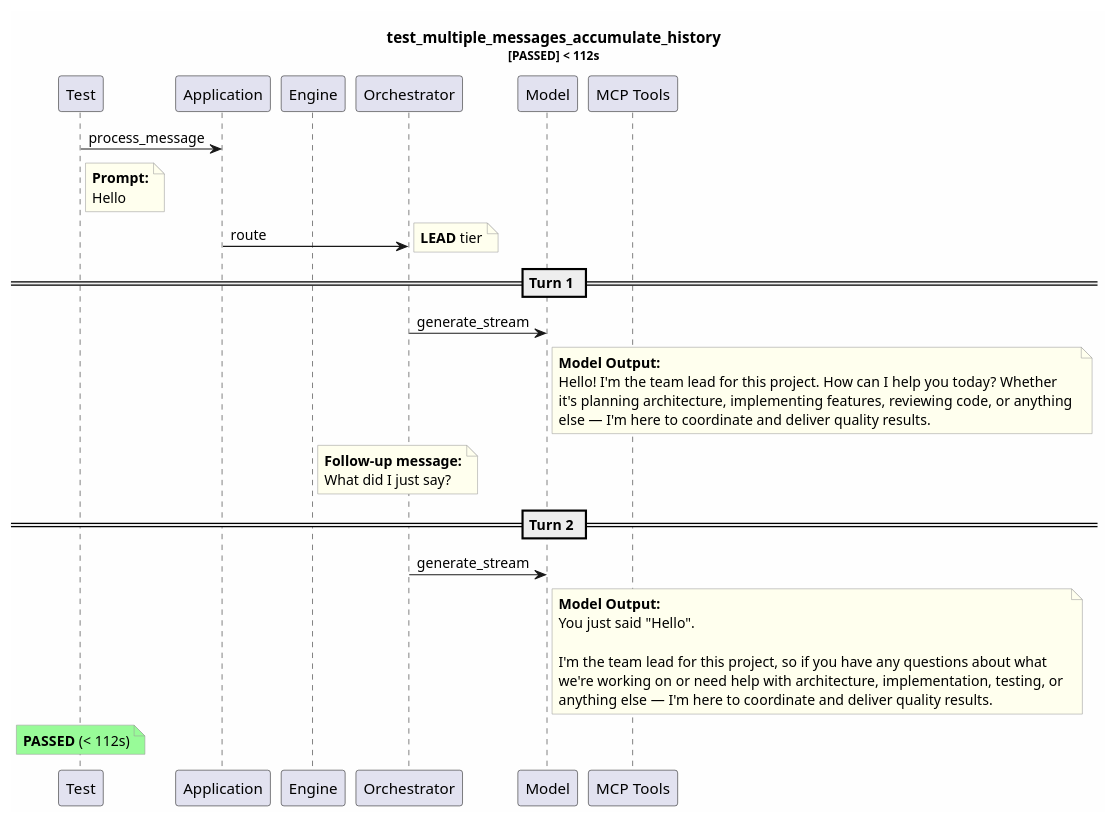
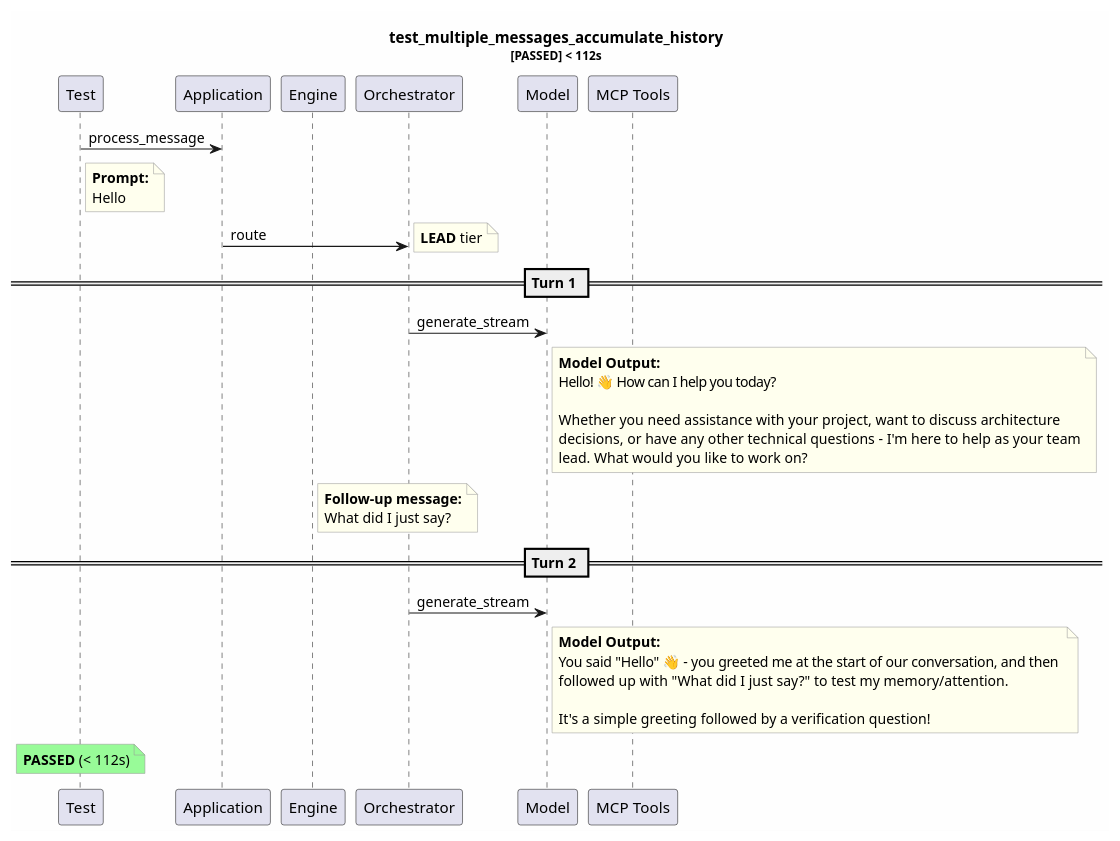
Before and after one commit to tvanfossen/entropic: the diagram in test-reports/logs/test_multiple_messages_accumulate_history/test_multiple_messages_accumulate_history.puml, drawn with PlantUML. The commit also changed 27 other files, not shown here.

```diff
--- a/test-reports/logs/test_multiple_messages_accumulate_history/test_multiple_messages_accumulate_history.puml
+++ b/test-reports/logs/test_multiple_messages_accumulate_history/test_multiple_messages_accumulate_history.puml
@@ -1,47 +1,48 @@
 @startuml
 skinparam backgroundColor #FEFEFE
 skinparam noteBorderColor #999999
 skinparam noteBackgroundColor #FFFFEE
 title test_multiple_messages_accumulate_history\n<size:11>[PASSED] < 112s</size>
 
 participant "Test" as T
 participant "Application" as App
 participant "Engine" as Eng
 participant "Orchestrator" as Orch
 participant "Model" as Mdl
 participant "MCP Tools" as MCP
 
 T -> App: process_message
 note right of T
   **Prompt:**
   Hello
 end note
 App -> Orch: route
 note right: **LEAD** tier
 == Turn 1 ==
 Orch -> Mdl: generate_stream
 note right of Mdl
   **Model Output:**
-  Hello! I'm the team lead for this project. How can I help you today? Whether 
-  it's planning architecture, implementing features, reviewing code, or anything 
-  else — I'm here to coordinate and deliver quality results.
+  Hello! 👋 How can I help you today? 
+  
+  Whether you need assistance with your project, want to discuss architecture 
+  decisions, or have any other technical questions - I'm here to help as your team
+  lead. What would you like to work on?
 end note
 note right of Eng
   **Follow-up message:**
   What did I just say?
 end note
 == Turn 2 ==
 Orch -> Mdl: generate_stream
 note right of Mdl
   **Model Output:**
-  You just said "Hello". 
+  You said "Hello" 👋 - you greeted me at the start of our conversation, and then 
+  followed up with "What did I just say?" to test my memory/attention.
   
-  I'm the team lead for this project, so if you have any questions about what 
-  we're working on or need help with architecture, implementation, testing, or 
-  anything else — I'm here to coordinate and deliver quality results.
+  It's a simple greeting followed by a verification question!
 end note
 note over T #palegreen
   **PASSED** (< 112s)
 end note
 
 @enduml
```
